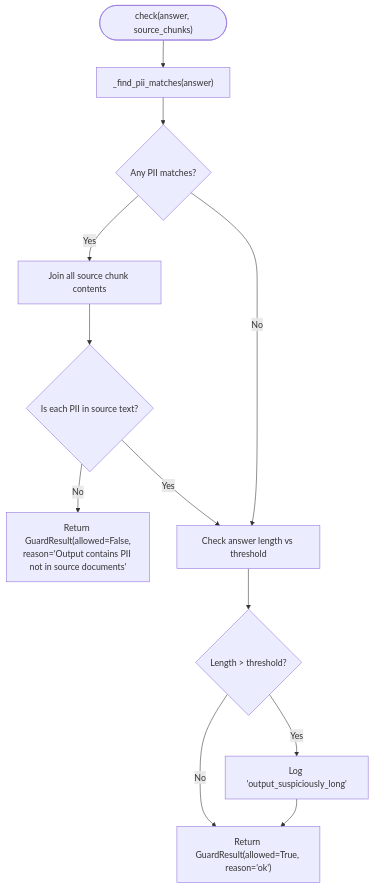
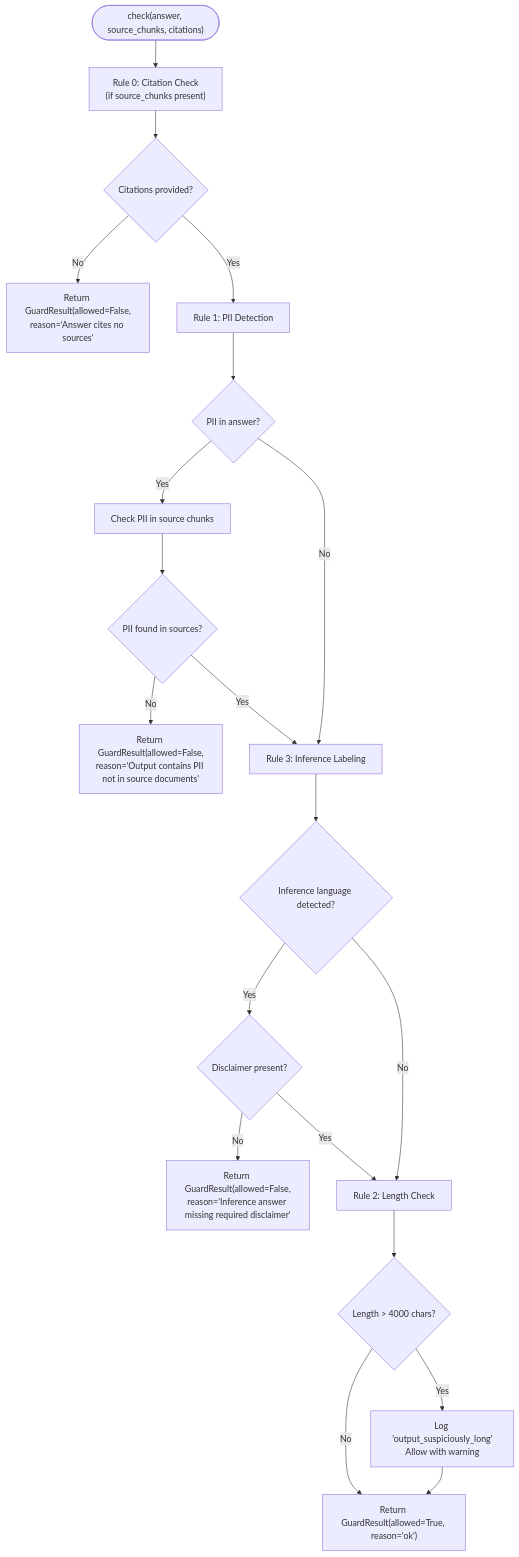
The fifth of 16 diagrams in .qoder/repowiki/en/content/Architecture and Design/Security and Compliance Architecture.md (genes8/private-ai), drawn with Mermaid before and after one commit. The commit also changed other lines of this file and 36 other files, not shown here.

````diff
--- a/.qoder/repowiki/en/content/Architecture and Design/Security and Compliance Architecture.md
+++ b/.qoder/repowiki/en/content/Architecture and Design/Security and Compliance Architecture.md
@@ -286,14 +301,22 @@
 ```mermaid
 flowchart TD
-StartOF(["check(answer, source_chunks)"]) --> FindPII["_find_pii_matches(answer)"]
-FindPII --> HasPII{"Any PII matches?"}
-HasPII --> |Yes| BuildText["Join all source chunk contents"]
-BuildText --> CheckAll{"Is each PII in source text?"}
-CheckAll --> |No| BlockHallu["Return GuardResult(allowed=False,<br/>reason='Output contains PII not in source documents'"]
-CheckAll --> |Yes| LongHeuristic["Check answer length vs threshold"]
-HasPII --> |No| LongHeuristic
-LongHeuristic --> WarnLong{"Length > threshold?"}
-WarnLong --> |Yes| LogWarn["Log 'output_suspiciously_long'"]
-WarnLong --> |No| AllowOF["Return GuardResult(allowed=True, reason='ok')"]
-LogWarn --> AllowOF
+StartOF(["check(answer, source_chunks, citations)"]) --> Rule0["Rule 0: Citation Check<br/>(if source_chunks present)"]
+Rule0 --> HasCitations{"Citations provided?"}
+HasCitations --> |No| BlockNoCite["Return GuardResult(allowed=False,<br/>reason='Answer cites no sources'"]
+HasCitations --> |Yes| Rule1["Rule 1: PII Detection"]
+Rule1 --> HasPII{"PII in answer?"}
+HasPII --> |Yes| CheckSource["Check PII in source chunks"]
+CheckSource --> FoundPII{"PII found in sources?"}
+FoundPII --> |No| BlockPII["Return GuardResult(allowed=False,<br/>reason='Output contains PII not in source documents'"]
+FoundPII --> |Yes| Rule3["Rule 3: Inference Labeling"]
+HasPII --> |No| Rule3
+Rule3 --> HasInference{"Inference language detected?"}
+HasInference --> |Yes| HasDisclaimer{"Disclaimer present?"}
+HasDisclaimer --> |No| BlockInference["Return GuardResult(allowed=False,<br/>reason='Inference answer missing required disclaimer'"]
+HasDisclaimer --> |Yes| Rule2["Rule 2: Length Check"]
+HasInference --> |No| Rule2
+Rule2 --> CheckLength{"Length > 4000 chars?"}
+CheckLength --> |Yes| WarnLength["Log 'output_suspiciously_long'<br/>Allow with warning"]
+CheckLength --> |No| AllowOF["Return GuardResult(allowed=True, reason='ok')"]
+WarnLength --> AllowOF
 ```
````
